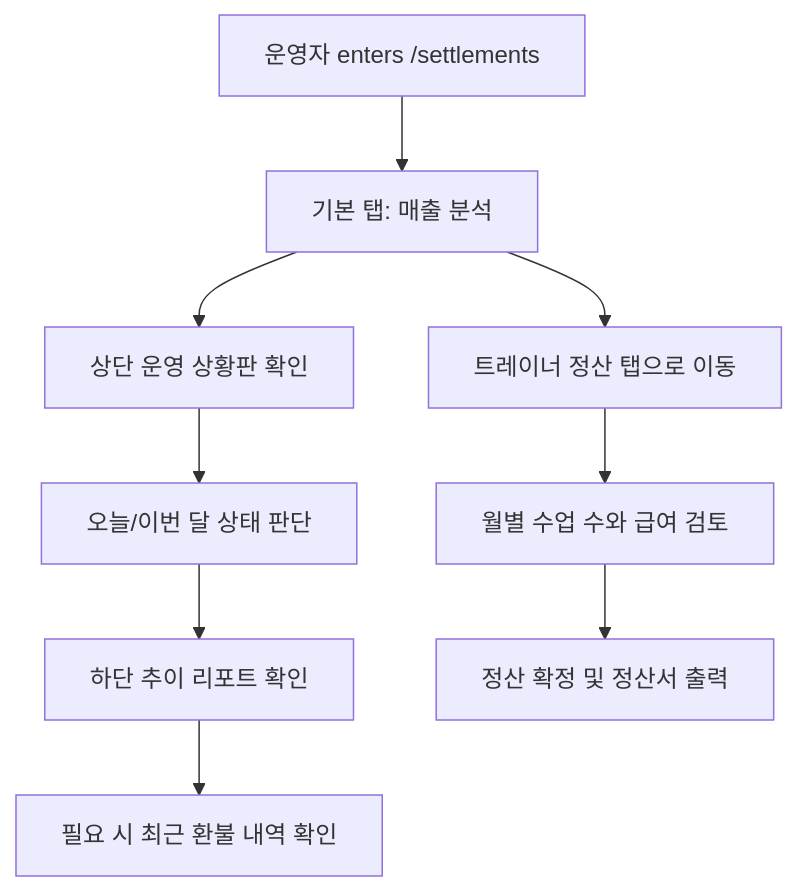
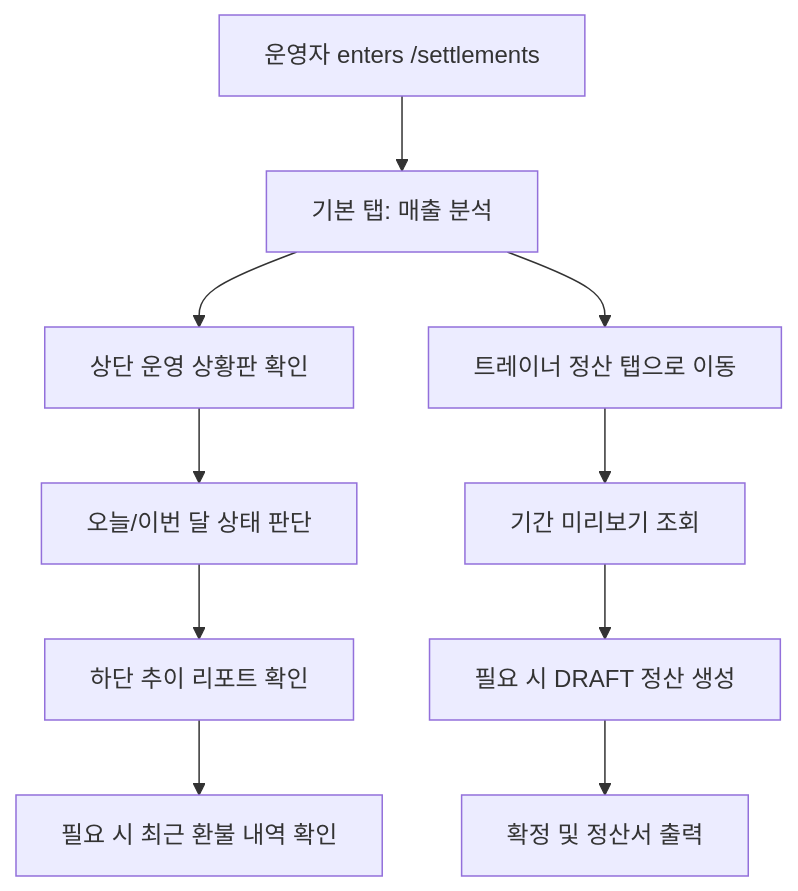
The diagram in docs/brainstorms/2026-04-03-settlements-analytics-and-trainer-payroll-requirements.md (Again-D/GymCRM_V2), drawn with Mermaid before and after one commit. The commit also changed other lines of this file and 42 other files, not shown here.

````diff
--- a/docs/brainstorms/2026-04-03-settlements-analytics-and-trainer-payroll-requirements.md
+++ b/docs/brainstorms/2026-04-03-settlements-analytics-and-trainer-payroll-requirements.md
@@ -13,11 +13,12 @@
 ```mermaid
 flowchart TB
     A["운영자 enters /settlements"] --> B["기본 탭: 매출 분석"]
     B --> C["상단 운영 상황판 확인"]
     C --> D["오늘/이번 달 상태 판단"]
     D --> E["하단 추이 리포트 확인"]
     E --> F["필요 시 최근 환불 내역 확인"]
     B --> G["트레이너 정산 탭으로 이동"]
-    G --> H["월별 수업 수와 급여 검토"]
-    H --> I["정산 확정 및 정산서 출력"]
+    G --> H["기간 미리보기 조회"]
+    H --> I["필요 시 DRAFT 정산 생성"]
+    I --> J["확정 및 정산서 출력"]
 ```
````
